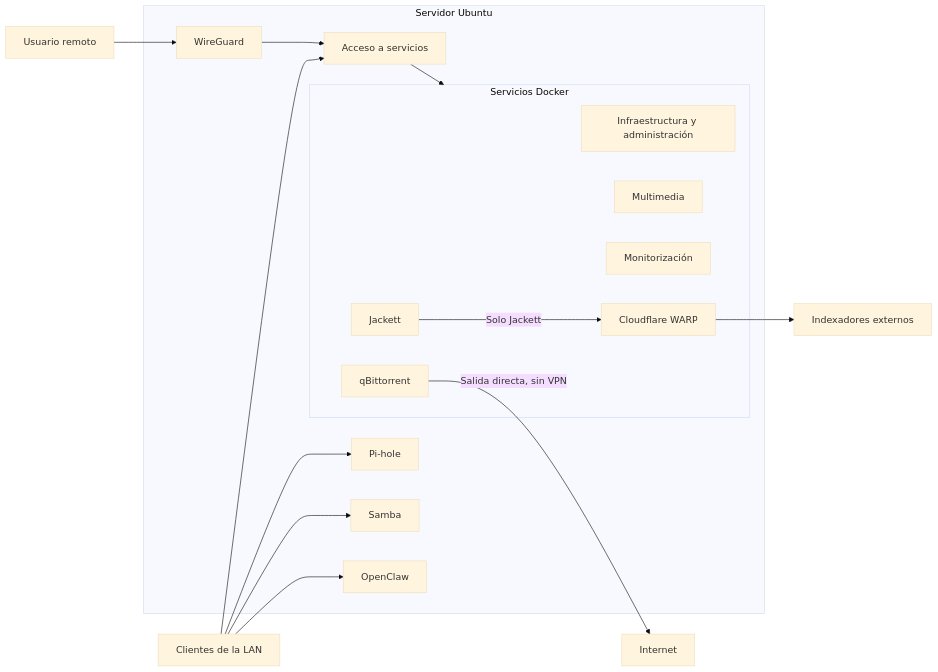
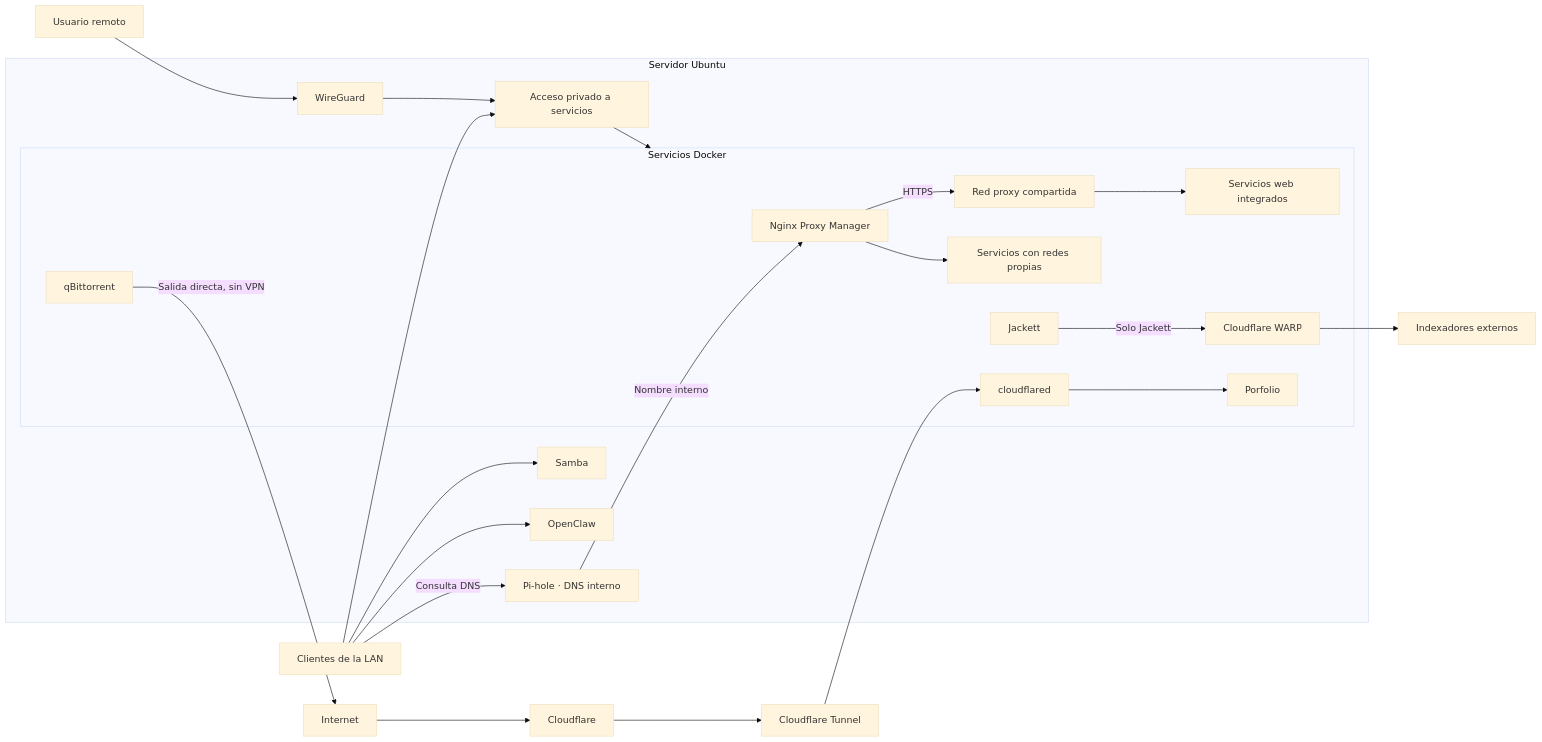
Before and after one commit to vix1095/vixi-homelab-docs: the diagram in docs/red.md, drawn with Mermaid (base theme). The commit also changed other lines of this file and 6 other files, not shown here.

Commit message:
docs: actualiza infraestructura y publicación del porfolio

````diff
--- a/docs/red.md
+++ b/docs/red.md
@@ -7,33 +7,41 @@
 ```mermaid
 flowchart LR
     lan[Clientes de la LAN]
     remoto[Usuario remoto]
     indexadores[Indexadores externos]
     internet[Internet]
+    cloudflare[Cloudflare]
+    tunnel[Cloudflare Tunnel]
 
     subgraph servidor[Servidor Ubuntu]
-        entrada[Acceso a servicios]
+        entrada[Acceso privado a servicios]
         wireguard[WireGuard]
-        pihole[Pi-hole]
+        pihole[Pi-hole · DNS interno]
         samba[Samba]
         openclaw[OpenClaw]
 
         subgraph docker[Servicios Docker]
-            infraestructura[Infraestructura y administración]
-            multimedia[Multimedia]
-            monitorizacion[Monitorización]
+            npm[Nginx Proxy Manager]
+            proxy[Red proxy compartida]
+            web[Servicios web integrados]
+            especiales[Servicios con redes propias]
             jackett[Jackett]
             warp[Cloudflare WARP]
             qbittorrent[qBittorrent]
+            cloudflared[cloudflared]
+            porfolio[Porfolio]
         end
     end
 
+    lan -->|Consulta DNS| pihole -->|Nombre interno| npm
+    npm -->|HTTPS| proxy --> web
+    npm --> especiales
     lan --> entrada
-    lan --> pihole
     lan --> samba
     lan --> openclaw
     remoto --> wireguard --> entrada
     entrada --> docker
     jackett -->|Solo Jackett| warp --> indexadores
     qbittorrent -->|Salida directa, sin VPN| internet
+    internet --> cloudflare --> tunnel --> cloudflared --> porfolio
 ```
````
